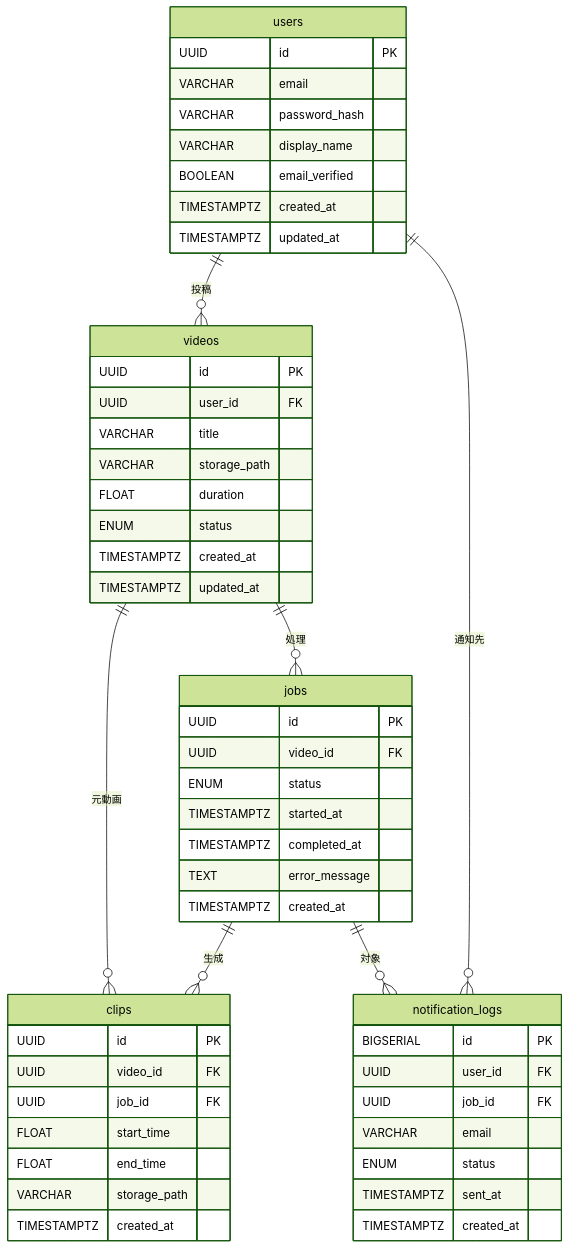
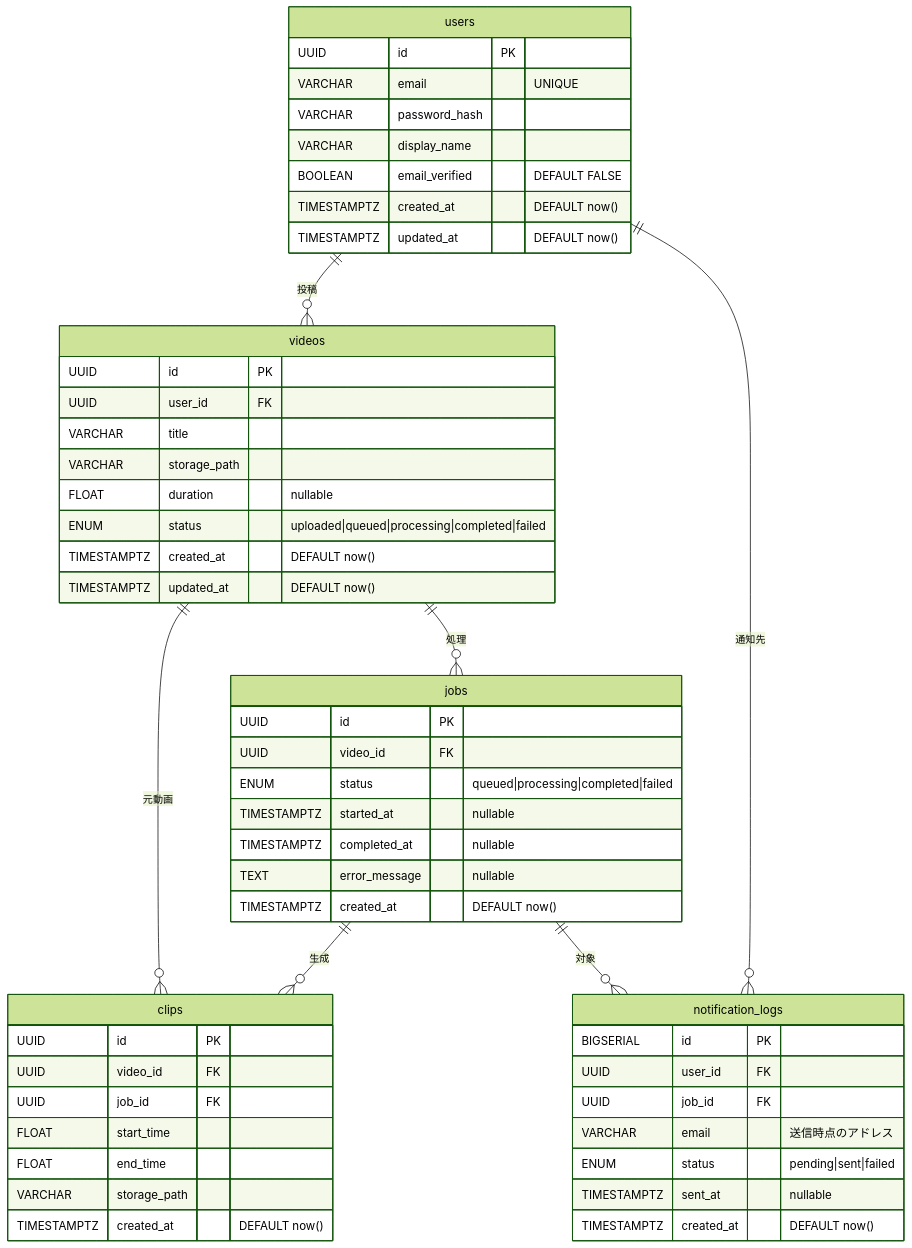
One commit to TakuM-M/Visuable_for_you_tabletennis changed the diagram in docs/DataModel.md. Above: the diagram before and after it, drawn with Mermaid (forest theme).

Commit message:
feat: DataModel.mdのER図を更新し、カラムにデフォルト値と制約を追加

````diff
--- a/docs/DataModel.md
+++ b/docs/DataModel.md
@@ -5,60 +5,60 @@
 ```mermaid
 erDiagram
     users {
         UUID id PK
-        VARCHAR email
+        VARCHAR email "UNIQUE"
         VARCHAR password_hash
         VARCHAR display_name
-        BOOLEAN email_verified
-        TIMESTAMPTZ created_at
-        TIMESTAMPTZ updated_at
+        BOOLEAN email_verified "DEFAULT FALSE"
+        TIMESTAMPTZ created_at "DEFAULT now()"
+        TIMESTAMPTZ updated_at "DEFAULT now()"
     }
 
     videos {
         UUID id PK
         UUID user_id FK
         VARCHAR title
         VARCHAR storage_path
-        FLOAT duration
-        ENUM status
-        TIMESTAMPTZ created_at
-        TIMESTAMPTZ updated_at
+        FLOAT duration "nullable"
+        ENUM status "uploaded|queued|processing|completed|failed"
+        TIMESTAMPTZ created_at "DEFAULT now()"
+        TIMESTAMPTZ updated_at "DEFAULT now()"
     }
 
     jobs {
         UUID id PK
         UUID video_id FK
-        ENUM status
-        TIMESTAMPTZ started_at
-        TIMESTAMPTZ completed_at
-        TEXT error_message
-        TIMESTAMPTZ created_at
+        ENUM status "queued|processing|completed|failed"
+        TIMESTAMPTZ started_at "nullable"
+        TIMESTAMPTZ completed_at "nullable"
+        TEXT error_message "nullable"
+        TIMESTAMPTZ created_at "DEFAULT now()"
     }
 
     clips {
         UUID id PK
         UUID video_id FK
         UUID job_id FK
         FLOAT start_time
         FLOAT end_time
         VARCHAR storage_path
-        TIMESTAMPTZ created_at
+        TIMESTAMPTZ created_at "DEFAULT now()"
     }
 
     notification_logs {
         BIGSERIAL id PK
         UUID user_id FK
         UUID job_id FK
-        VARCHAR email
-        ENUM status
-        TIMESTAMPTZ sent_at
-        TIMESTAMPTZ created_at
+        VARCHAR email "送信時点のアドレス"
+        ENUM status "pending|sent|failed"
+        TIMESTAMPTZ sent_at "nullable"
+        TIMESTAMPTZ created_at "DEFAULT now()"
     }
 
     users ||--o{ videos : "投稿"
     videos ||--o{ jobs : "処理"
     jobs ||--o{ clips : "生成"
     videos ||--o{ clips : "元動画"
     users ||--o{ notification_logs : "通知先"
     jobs ||--o{ notification_logs : "対象"
 ```
````
